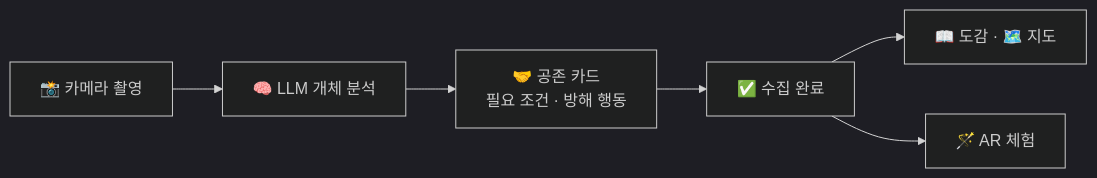
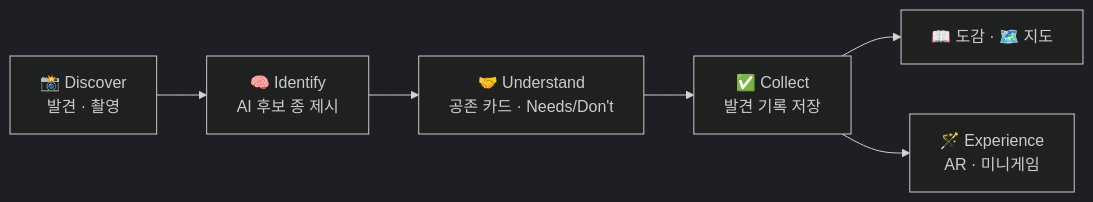
The first of 2 diagrams in README.md (cherrymixy/Cature), drawn with Mermaid (dark theme) before and after one commit. The commit also changed other lines of this file and 16 other files, not shown here.

````diff
--- a/README.md
+++ b/README.md
@@ -25,8 +197,8 @@
 ```mermaid
 flowchart LR
-    A[📸 카메라 촬영] --> B[🧠 LLM 개체 분석]
-    B --> C[🤝 공존 카드<br/>필요 조건 · 방해 행동]
-    C --> D[✅ 수집 완료]
-    D --> E[📖 도감 · 🗺️ 지도]
-    D --> F[🪄 AR 체험]
+    A["📸 Discover<br/>발견 · 촬영"] --> B["🧠 Identify<br/>AI 후보 종 제시"]
+    B --> C["🤝 Understand<br/>공존 카드 · Needs/Don't"]
+    C --> D["✅ Collect<br/>발견 기록 저장"]
+    D --> E["📖 도감 · 🗺️ 지도"]
+    D --> F["🪄 Experience<br/>AR · 미니게임"]
 ```
````
